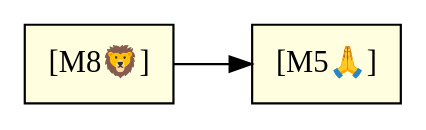
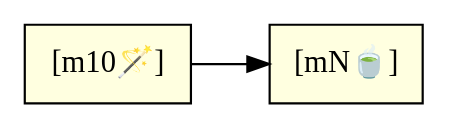
Before and after one commit to infomofo/ts-tarot-cards: the diagram in samples/simplePastPresent-reading.dot, drawn with Graphviz. The commit also changed 13 other files, not shown here.

```diff
--- a/samples/simplePastPresent-reading.dot
+++ b/samples/simplePastPresent-reading.dot
@@ -1,6 +1,6 @@
 
 digraph SimplePastPresent {
   rankdir=LR;
   node [shape=rectangle, style=filled, fillcolor=lightyellow];
-  "[M8🦁]" -> "[M5🙏]";
+  "[m10🪄]" -> "[mN🍵]";
 }
```
